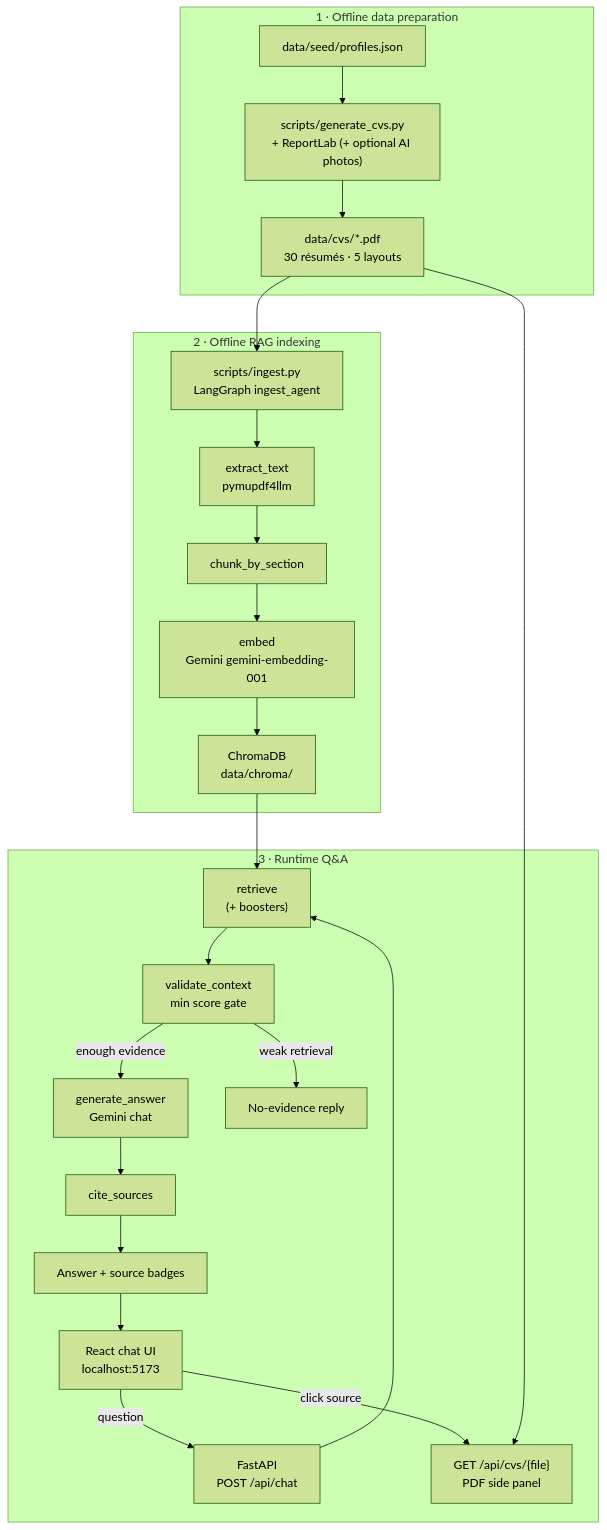
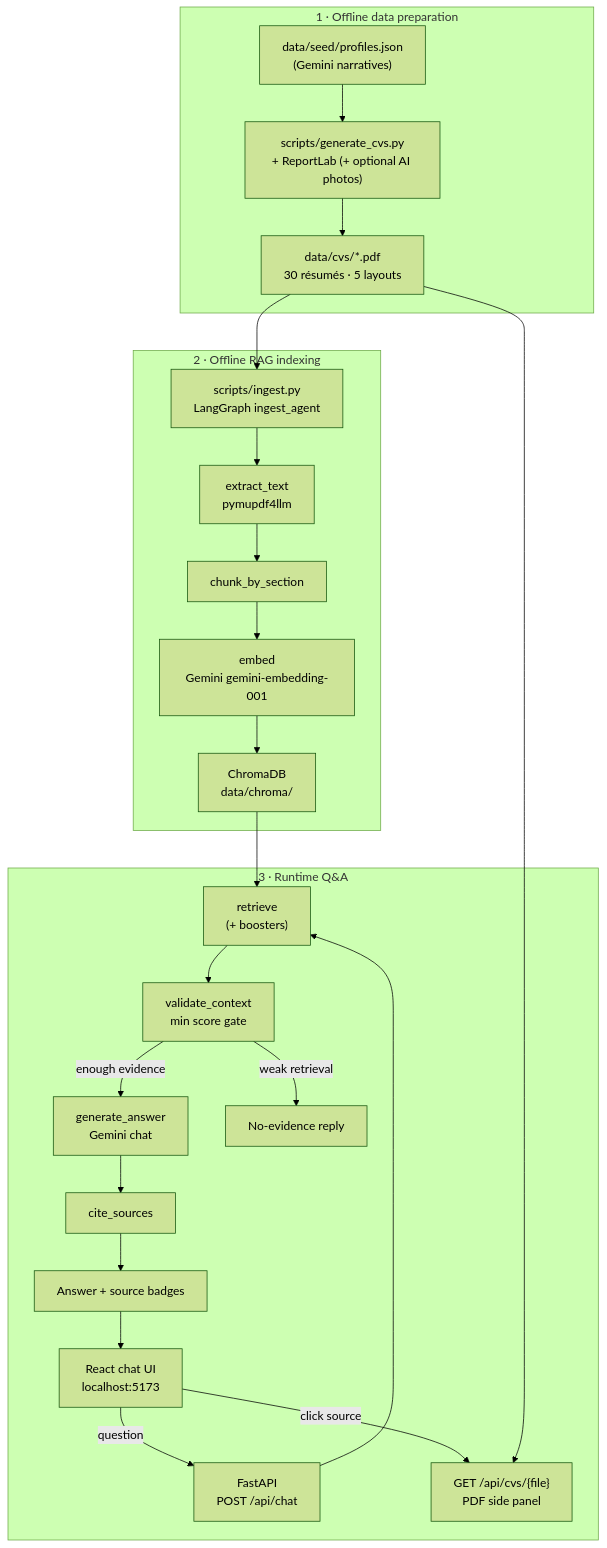
The diagram in docs/ARCHITECTURE.md (miguelfervi/ai-resume-screener), drawn with Mermaid (forest theme) before and after one commit. The commit also changed 36 other files, not shown here.

Commit message:
feat(cvs): generate narratives with Gemini and simplify offline pipeline

````diff
--- a/docs/ARCHITECTURE.md
+++ b/docs/ARCHITECTURE.md
@@ -7,39 +7,39 @@
 ```mermaid
 flowchart TB
   subgraph Offline["1 · Offline data preparation"]
-    Seed["data/seed/profiles.json"]
+    Seed["data/seed/profiles.json\n(Gemini narratives)"]
     Gen["scripts/generate_cvs.py\n+ ReportLab (+ optional AI photos)"]
     PDFs["data/cvs/*.pdf\n30 résumés · 5 layouts"]
     Seed --> Gen --> PDFs
   end
 
   subgraph Index["2 · Offline RAG indexing"]
     Ingest["scripts/ingest.py\nLangGraph ingest_agent"]
     Extract["extract_text\npymupdf4llm"]
     Chunk["chunk_by_section"]
     Embed["embed\nGemini gemini-embedding-001"]
     Chroma["ChromaDB\ndata/chroma/"]
     PDFs --> Ingest --> Extract --> Chunk --> Embed --> Chroma
   end
 
   subgraph Runtime["3 · Runtime Q&A"]
     UI["React chat UI\nlocalhost:5173"]
     API["FastAPI\nPOST /api/chat"]
     Retrieve["retrieve\n(+ boosters)"]
     Validate["validate_context\nmin score gate"]
     Generate["generate_answer\nGemini chat"]
     Cite["cite_sources"]
     Answer["Answer + source badges"]
     Preview["GET /api/cvs/{file}\nPDF side panel"]
 
     UI -->|question| API
     API --> Retrieve
     Chroma --> Retrieve
     Retrieve --> Validate
     Validate -->|enough evidence| Generate --> Cite --> Answer
     Validate -->|weak retrieval| NoEv["No-evidence reply"]
     Answer --> UI
     UI -->|click source| Preview
     PDFs --> Preview
   end
 ```
````
